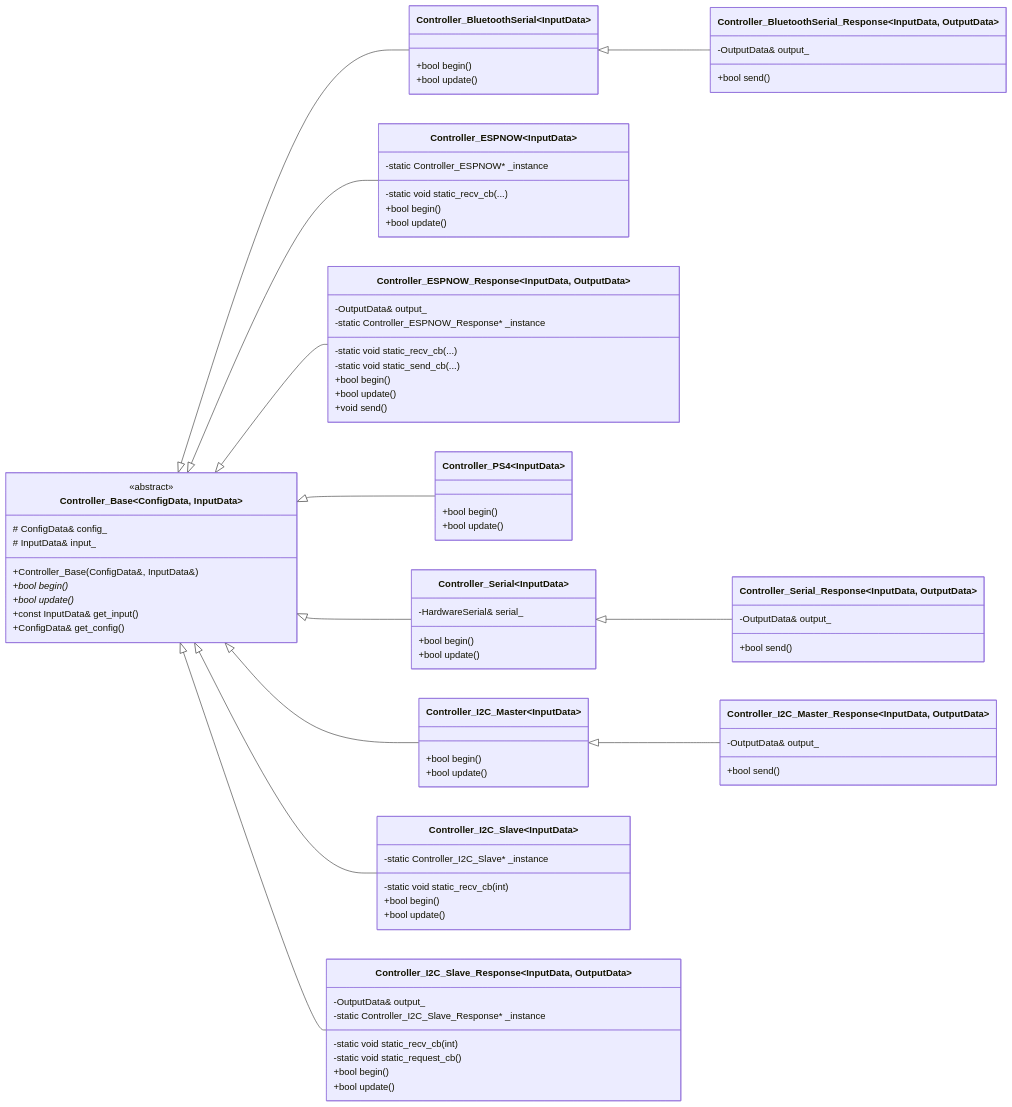
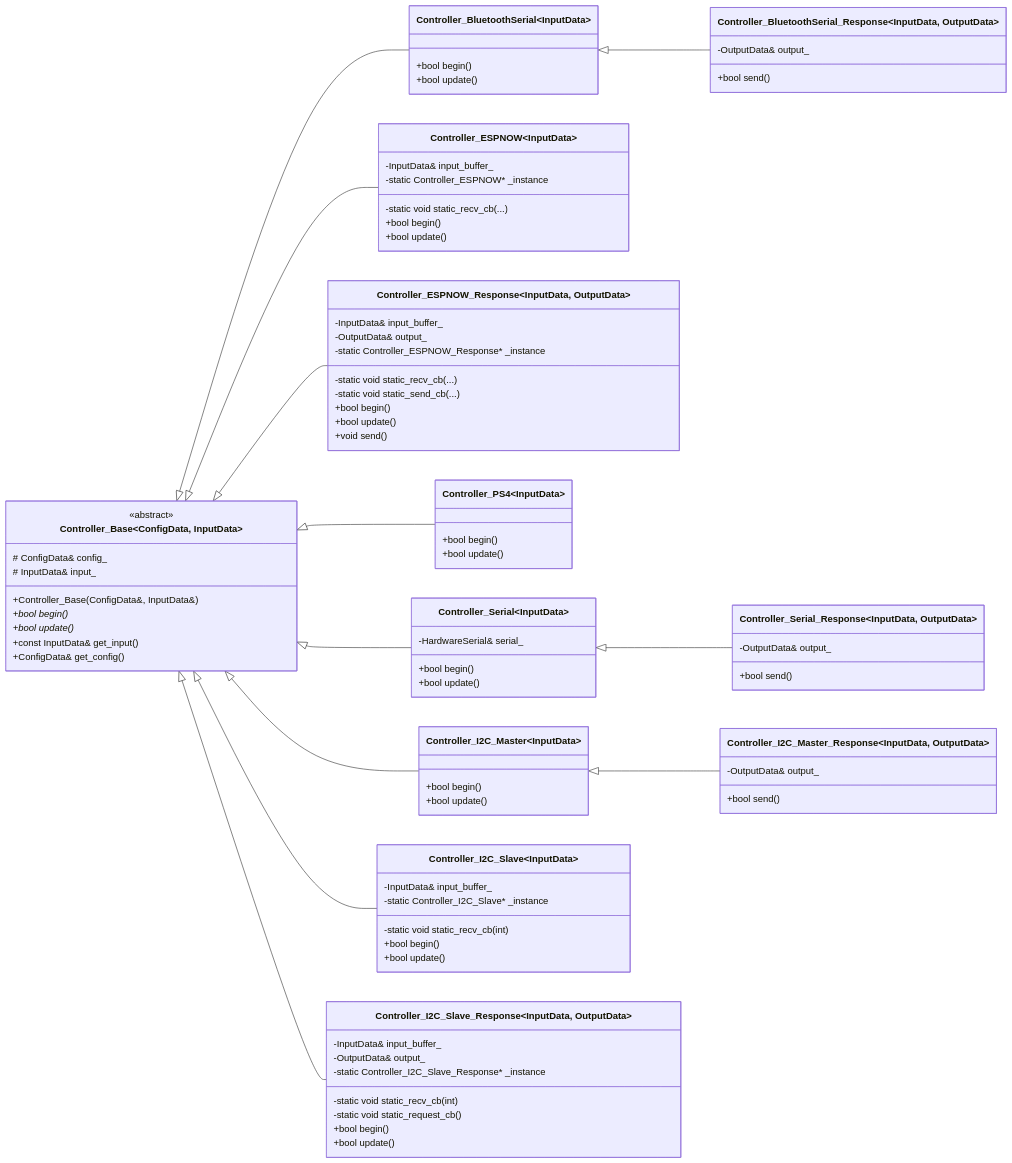
The second of 2 diagrams in README.md (Tomoooji/esp32-controller), drawn with Mermaid before and after one commit. The commit also changed other lines of this file, not shown here.

```diff
--- a/README.md
+++ b/README.md
@@ -138,6 +139,7 @@
     }
 
     class Controller_ESPNOW~InputData~ {
+        -InputData& input_buffer_
         -static Controller_ESPNOW* _instance
         -static void static_recv_cb(...)
         +bool begin()
@@ -145,6 +147,7 @@
     }
 
     class Controller_ESPNOW_Response~InputData, OutputData~ {
+        -InputData& input_buffer_
         -OutputData& output_
         -static Controller_ESPNOW_Response* _instance
         -static void static_recv_cb(...)
@@ -181,6 +184,7 @@
     }
 
     class Controller_I2C_Slave~InputData~ {
+        -InputData& input_buffer_
         -static Controller_I2C_Slave* _instance
         -static void static_recv_cb(int)
         +bool begin()
@@ -188,6 +192,7 @@
     }
 
     class Controller_I2C_Slave_Response~InputData, OutputData~ {
+        -InputData& input_buffer_
         -OutputData& output_
         -static Controller_I2C_Slave_Response* _instance
         -static void static_recv_cb(int)
```
